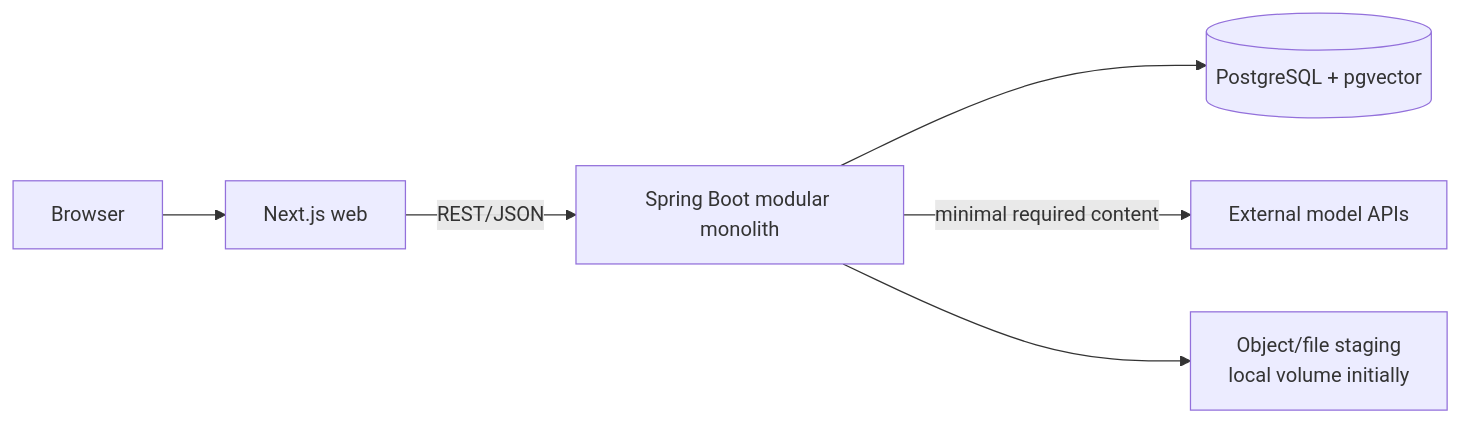
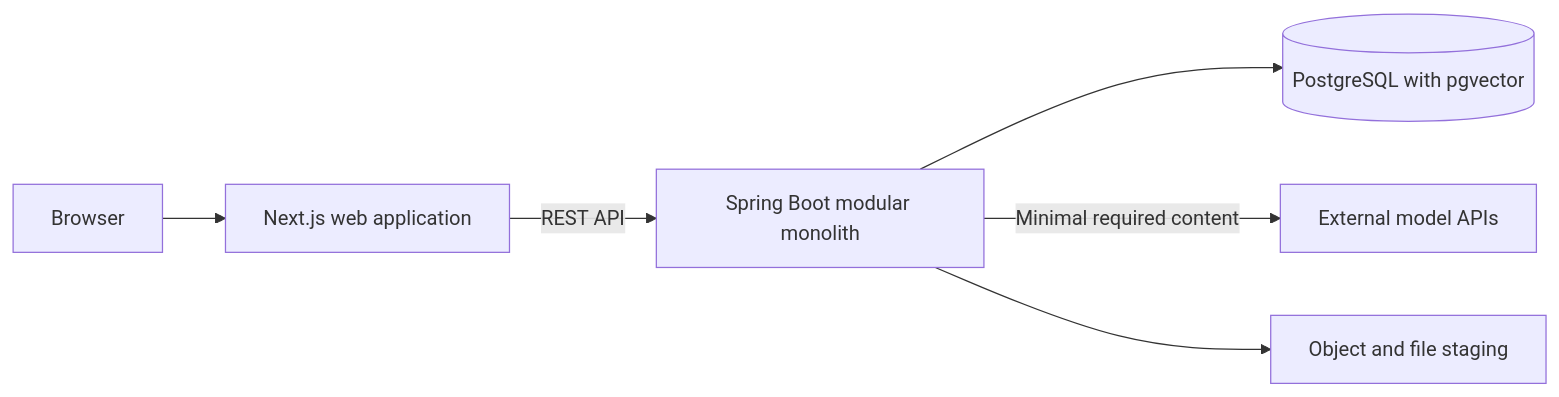
The first of 3 diagrams in docs/ARCHITECTURE.md (WaterMelonKnight/ContextMesh), drawn with Mermaid before and after one commit. The commit also changed other lines of this file and 2 other files, not shown here.

Commit message:
Fix Mermaid diagrams in documentation

````diff
--- a/docs/ARCHITECTURE.md
+++ b/docs/ARCHITECTURE.md
@@ -9,8 +9,15 @@
 ```mermaid
 flowchart LR
-  U[Browser] --> W[Next.js web]
-  W -->|REST/JSON| S[Spring Boot modular monolith]
-  S --> P[(PostgreSQL + pgvector)]
-  S -->|minimal required content| L[External model APIs]
-  S --> O[Object/file staging\nlocal volume initially]
+  BROWSER["Browser"]
+  WEB["Next.js web application"]
+  SERVER["Spring Boot modular monolith"]
+  DATABASE[("PostgreSQL with pgvector")]
+  MODELS["External model APIs"]
+  STORAGE["Object and file staging"]
+
+  BROWSER --> WEB
+  WEB -->|"REST API"| SERVER
+  SERVER --> DATABASE
+  SERVER -->|"Minimal required content"| MODELS
+  SERVER --> STORAGE
 ```
````
